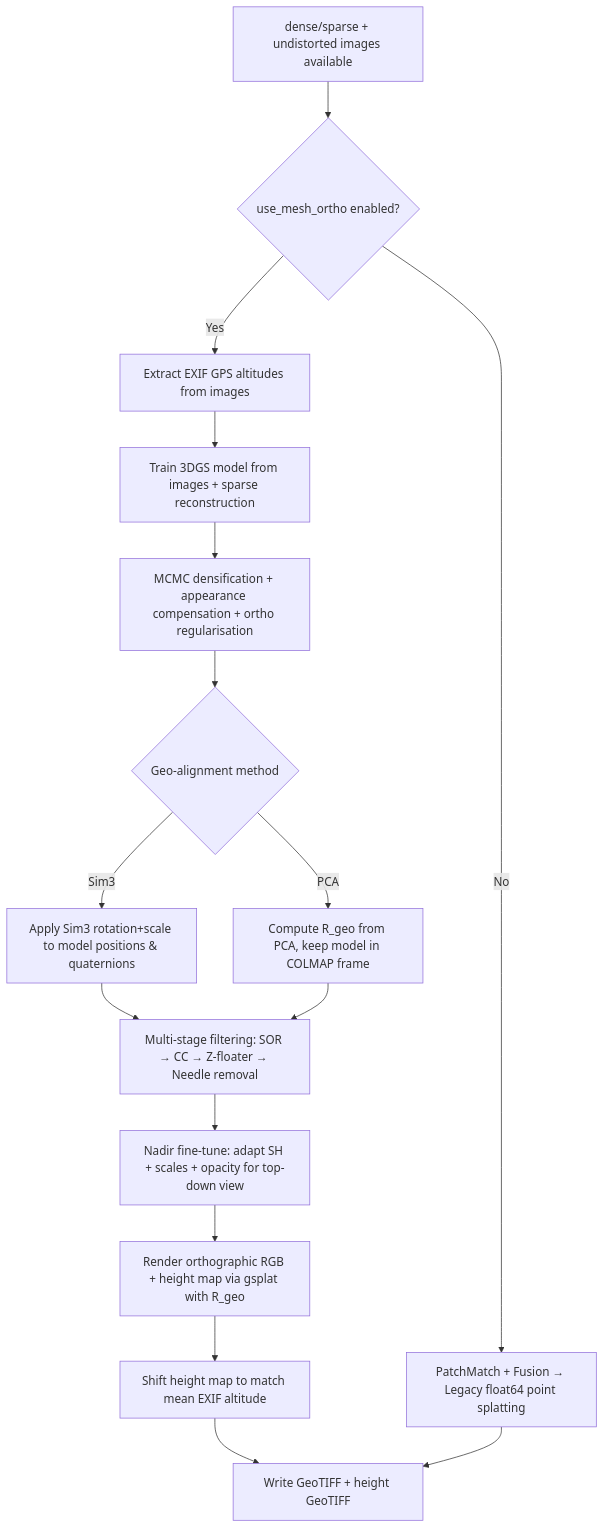
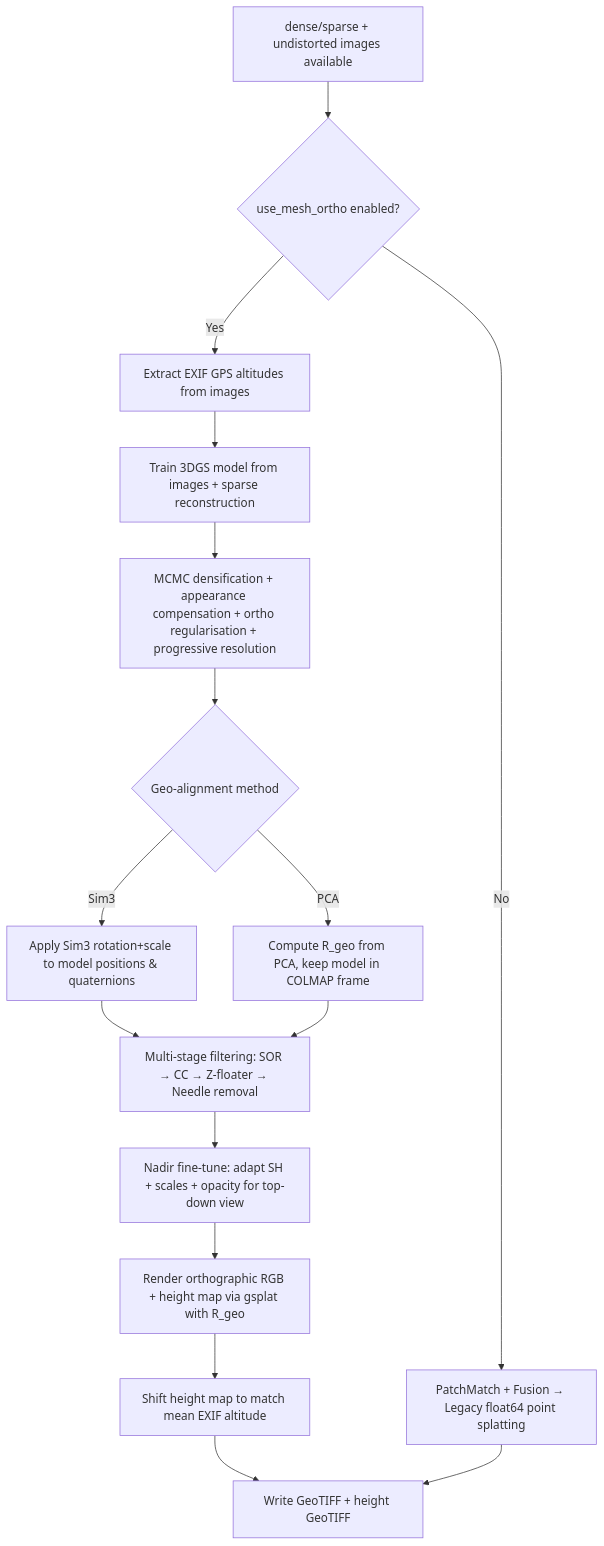
One commit to olivelb/DroneAI changed the fourth of 7 diagrams in DOCUMENTATION.md. Above: the diagram before and after it, drawn with Mermaid. The commit also changed other lines of this file and 7 other files, not shown here.

First line of the commit message:
feat(gaussian): VRAM management, progressive resolution, appearance fix, OOM resilience

````diff
--- a/DOCUMENTATION.md
+++ b/DOCUMENTATION.md
@@ -930,18 +946,18 @@
 ```mermaid
 flowchart TD
   A[dense/sparse + undistorted images available] --> B{use_mesh_ortho enabled?}
   B -->|Yes| C0[Extract EXIF GPS altitudes from images]
   C0 --> C[Train 3DGS model from images + sparse reconstruction]
-  C --> C1[MCMC densification + appearance compensation + ortho regularisation]
+  C --> C1[MCMC densification + appearance compensation + ortho regularisation + progressive resolution]
   C1 --> C2{Geo-alignment method}
   C2 -->|Sim3| D1[Apply Sim3 rotation+scale to model positions & quaternions]
   C2 -->|PCA| D2[Compute R_geo from PCA, keep model in COLMAP frame]
   D1 --> D[Multi-stage filtering: SOR → CC → Z-floater → Needle removal]
   D2 --> D
   D --> FT[Nadir fine-tune: adapt SH + scales + opacity for top-down view]
   FT --> E[Render orthographic RGB + height map via gsplat with R_geo]
   E --> E1[Shift height map to match mean EXIF altitude]
   E1 --> H[Write GeoTIFF + height GeoTIFF]
   B -->|No| I[PatchMatch + Fusion → Legacy float64 point splatting]
   I --> H
 ```
````
